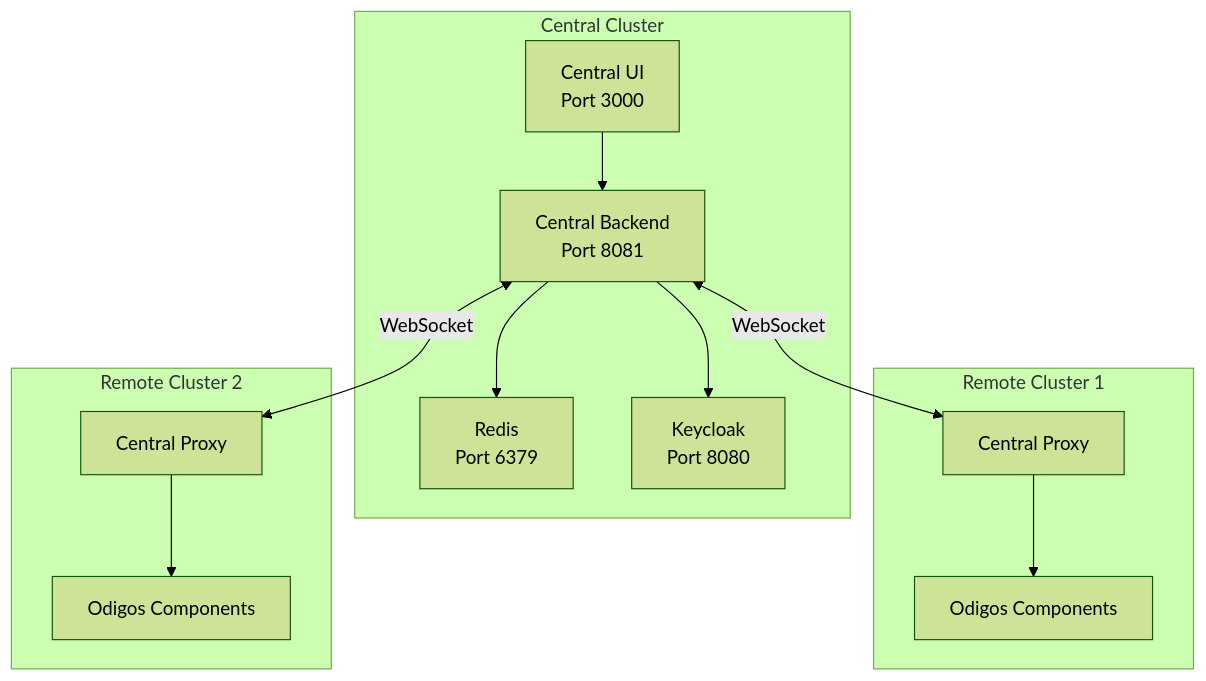
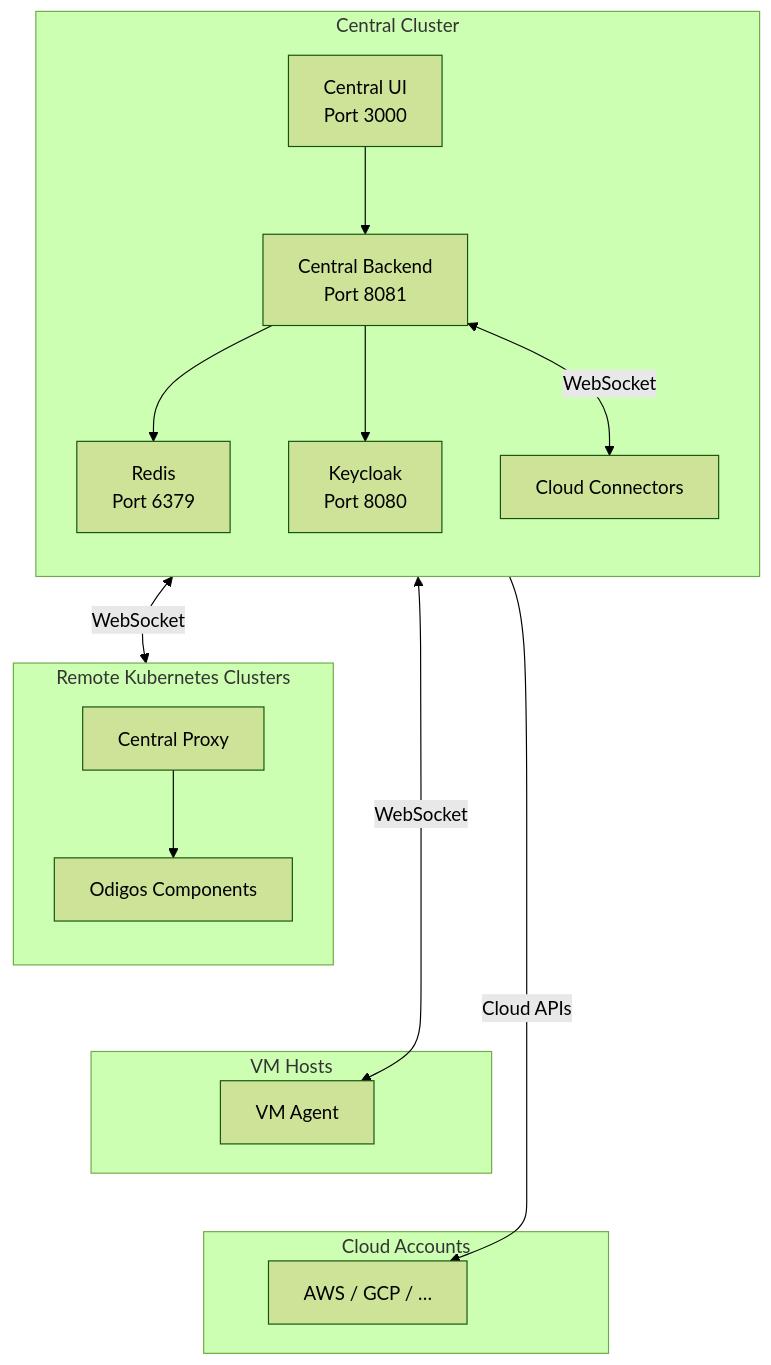
One commit to odigos-io/odigos changed the diagram in docs/central/architecture.mdx. Above: the diagram before and after it, drawn with Mermaid (forest theme). The commit also changed other lines of this file and 10 other files, not shown here.

Commit message:
Add Cloud Connectors to Docs

````diff
--- a/docs/central/architecture.mdx
+++ b/docs/central/architecture.mdx
@@ -9,27 +9,38 @@
 ```mermaid
 flowchart TB
     subgraph central [Central Cluster]
+        direction TB
         UI[Central UI<br/>Port 3000]
         Backend[Central Backend<br/>Port 8081]
         Redis[Redis<br/>Port 6379]
         Keycloak[Keycloak<br/>Port 8080]
+        CC[Cloud Connectors]
         UI --> Backend
         Backend --> Redis
         Backend --> Keycloak
     end
 
-    subgraph remote1 [Remote Cluster 1]
-        Proxy1[Central Proxy]
-        Odigos1[Odigos Components]
-        Proxy1 --> Odigos1
+    subgraph remotes [Remote Kubernetes Clusters]
+        direction TB
+        Proxy[Central Proxy]
+        Odigos[Odigos Components]
+        Proxy --> Odigos
     end
 
-    subgraph remote2 [Remote Cluster 2]
-        Proxy2[Central Proxy]
-        Odigos2[Odigos Components]
-        Proxy2 --> Odigos2
+    subgraph vms [VM Hosts]
+        VMA[VM Agent]
     end
 
-    Backend <-->|WebSocket| Proxy1
-    Backend <-->|WebSocket| Proxy2
+    subgraph cloud [Cloud Accounts]
+        CloudAcct[AWS / GCP / …]
+    end
+
+    Backend <-->|WebSocket| Proxy
+    Backend <-->|WebSocket| VMA
+    Backend <-->|WebSocket| CC
+    CC -->|Cloud APIs| CloudAcct
+
+    central ~~~ remotes
+    remotes ~~~ vms
+    vms ~~~ cloud
 ```
````
